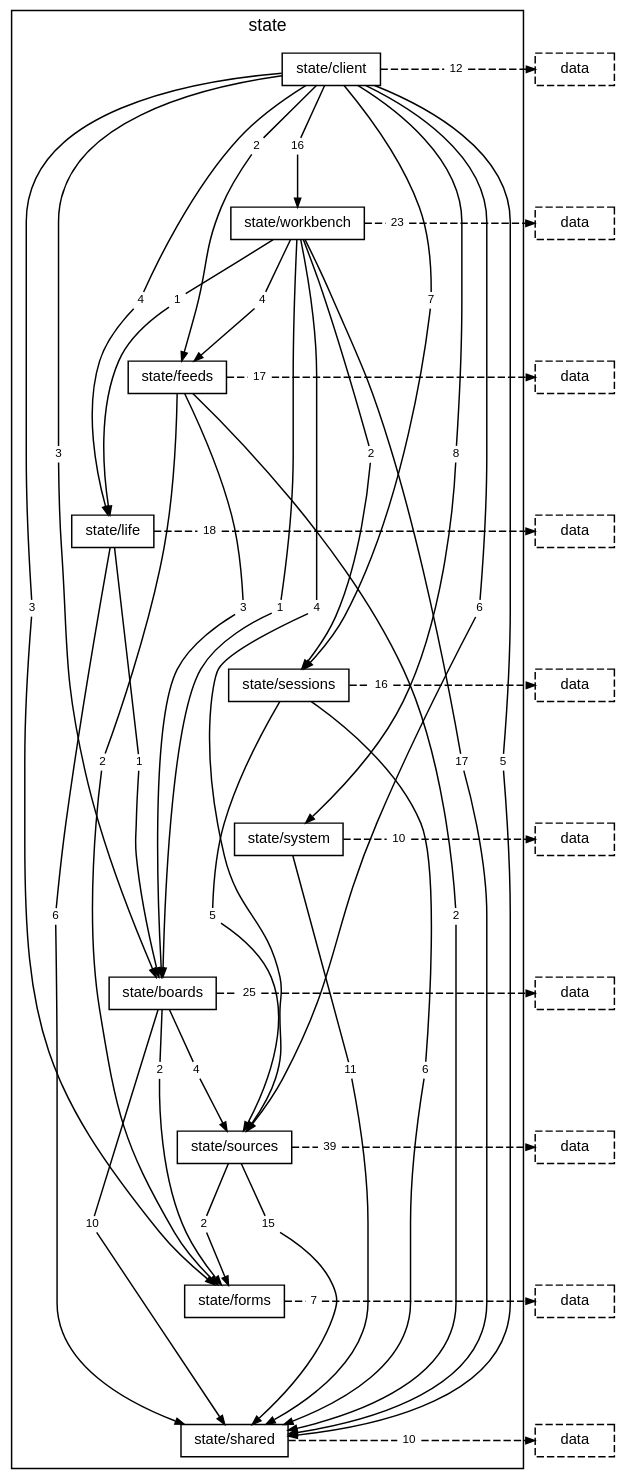
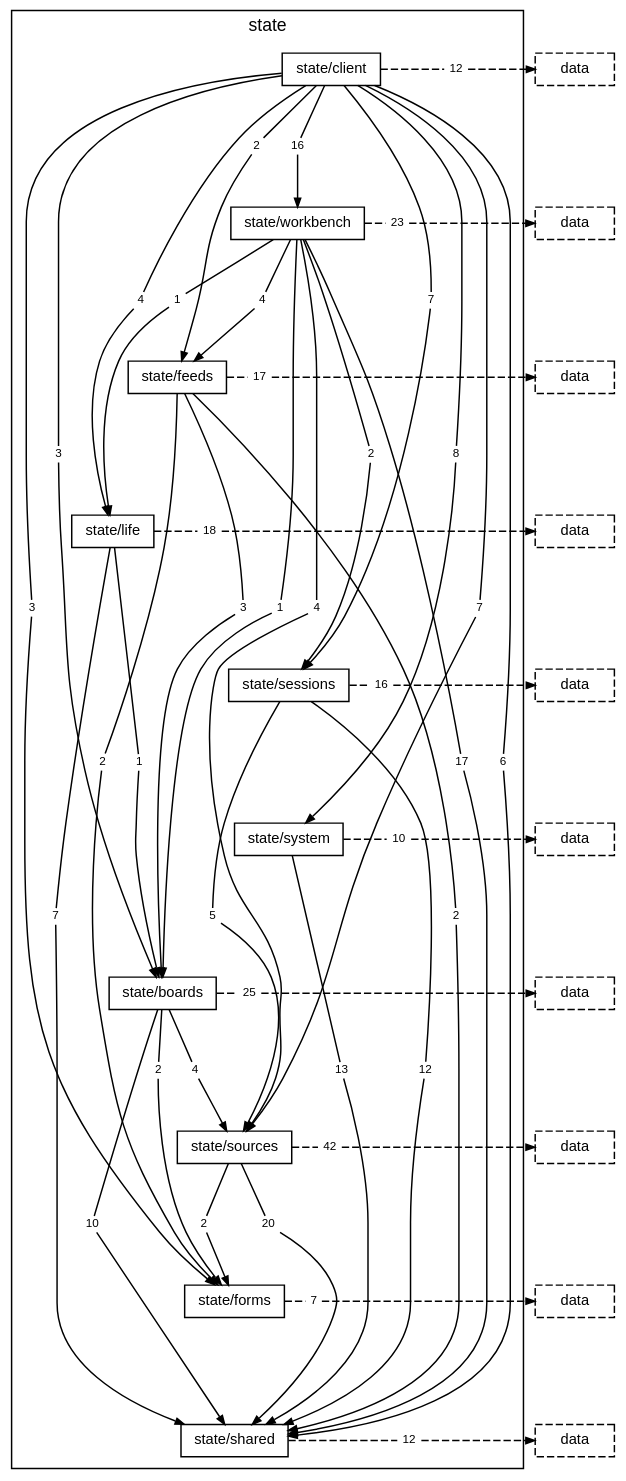
The diagram in docs/diagrams/layer-state.dot (TheAxeC/oculus), drawn with Graphviz before and after one commit. The commit also changed 146 other files, not shown here.

```diff
--- a/docs/diagrams/layer-state.dot
+++ b/docs/diagrams/layer-state.dot
@@ -19,8 +19,8 @@
         "folder state/client to folder state/forms" [label="3", shape=box, color="transparent", fontsize=8, width=0, height=0, margin="0.04,0.02"];
         "folder state/client to folder state/life" [label="4", shape=box, color="transparent", fontsize=8, width=0, height=0, margin="0.04,0.02"];
         "folder state/client to folder state/sessions" [label="7", shape=box, color="transparent", fontsize=8, width=0, height=0, margin="0.04,0.02"];
-        "folder state/client to folder state/shared" [label="5", shape=box, color="transparent", fontsize=8, width=0, height=0, margin="0.04,0.02"];
-        "folder state/client to folder state/sources" [label="6", shape=box, color="transparent", fontsize=8, width=0, height=0, margin="0.04,0.02"];
+        "folder state/client to folder state/shared" [label="6", shape=box, color="transparent", fontsize=8, width=0, height=0, margin="0.04,0.02"];
+        "folder state/client to folder state/sources" [label="7", shape=box, color="transparent", fontsize=8, width=0, height=0, margin="0.04,0.02"];
         "folder state/client to folder state/system" [label="8", shape=box, color="transparent", fontsize=8, width=0, height=0, margin="0.04,0.02"];
         "folder state/client to folder state/workbench" [label="16", shape=box, color="transparent", fontsize=8, width=0, height=0, margin="0.04,0.02"];
         "folder state/client to layer data" [label="12", shape=box, color="transparent", fontsize=8, width=0, height=0, margin="0.04,0.02"];
@@ -36,22 +36,22 @@
         "folder state/feeds to folder state/shared" [label="2", shape=box, color="transparent", fontsize=8, width=0, height=0, margin="0.04,0.02"];
         "folder state/feeds to layer data" [label="17", shape=box, color="transparent", fontsize=8, width=0, height=0, margin="0.04,0.02"];
         "folder state/life to folder state/boards" [label="1", shape=box, color="transparent", fontsize=8, width=0, height=0, margin="0.04,0.02"];
-        "folder state/life to folder state/shared" [label="6", shape=box, color="transparent", fontsize=8, width=0, height=0, margin="0.04,0.02"];
+        "folder state/life to folder state/shared" [label="7", shape=box, color="transparent", fontsize=8, width=0, height=0, margin="0.04,0.02"];
         "folder state/life to layer data" [label="18", shape=box, color="transparent", fontsize=8, width=0, height=0, margin="0.04,0.02"];
-        "folder state/sessions to folder state/shared" [label="6", shape=box, color="transparent", fontsize=8, width=0, height=0, margin="0.04,0.02"];
+        "folder state/sessions to folder state/shared" [label="12", shape=box, color="transparent", fontsize=8, width=0, height=0, margin="0.04,0.02"];
         "folder state/sessions to folder state/sources" [label="5", shape=box, color="transparent", fontsize=8, width=0, height=0, margin="0.04,0.02"];
         "folder state/sessions to layer data" [label="16", shape=box, color="transparent", fontsize=8, width=0, height=0, margin="0.04,0.02"];
-        "folder state/system to folder state/shared" [label="11", shape=box, color="transparent", fontsize=8, width=0, height=0, margin="0.04,0.02"];
+        "folder state/system to folder state/shared" [label="13", shape=box, color="transparent", fontsize=8, width=0, height=0, margin="0.04,0.02"];
         "folder state/system to layer data" [label="10", shape=box, color="transparent", fontsize=8, width=0, height=0, margin="0.04,0.02"];
         "folder state/boards to folder state/forms" [label="2", shape=box, color="transparent", fontsize=8, width=0, height=0, margin="0.04,0.02"];
         "folder state/boards to folder state/shared" [label="10", shape=box, color="transparent", fontsize=8, width=0, height=0, margin="0.04,0.02"];
         "folder state/boards to folder state/sources" [label="4", shape=box, color="transparent", fontsize=8, width=0, height=0, margin="0.04,0.02"];
         "folder state/boards to layer data" [label="25", shape=box, color="transparent", fontsize=8, width=0, height=0, margin="0.04,0.02"];
         "folder state/sources to folder state/forms" [label="2", shape=box, color="transparent", fontsize=8, width=0, height=0, margin="0.04,0.02"];
-        "folder state/sources to folder state/shared" [label="15", shape=box, color="transparent", fontsize=8, width=0, height=0, margin="0.04,0.02"];
-        "folder state/sources to layer data" [label="39", shape=box, color="transparent", fontsize=8, width=0, height=0, margin="0.04,0.02"];
+        "folder state/sources to folder state/shared" [label="20", shape=box, color="transparent", fontsize=8, width=0, height=0, margin="0.04,0.02"];
+        "folder state/sources to layer data" [label="42", shape=box, color="transparent", fontsize=8, width=0, height=0, margin="0.04,0.02"];
         "folder state/forms to layer data" [label="7", shape=box, color="transparent", fontsize=8, width=0, height=0, margin="0.04,0.02"];
-        "folder state/shared to layer data" [label="10", shape=box, color="transparent", fontsize=8, width=0, height=0, margin="0.04,0.02"];
+        "folder state/shared to layer data" [label="12", shape=box, color="transparent", fontsize=8, width=0, height=0, margin="0.04,0.02"];
     }
     "layer data from folder state/client" [label="data", style=dashed];
     "layer data from folder state/workbench" [label="data", style=dashed];
```
